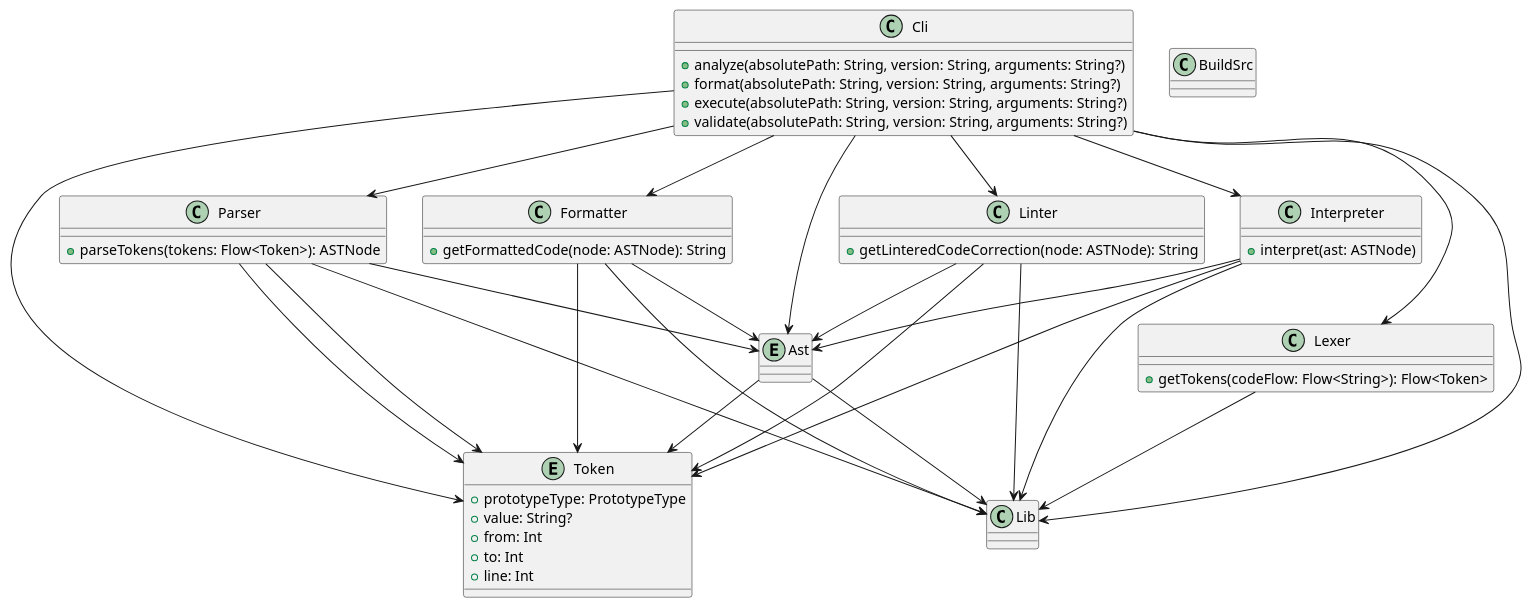
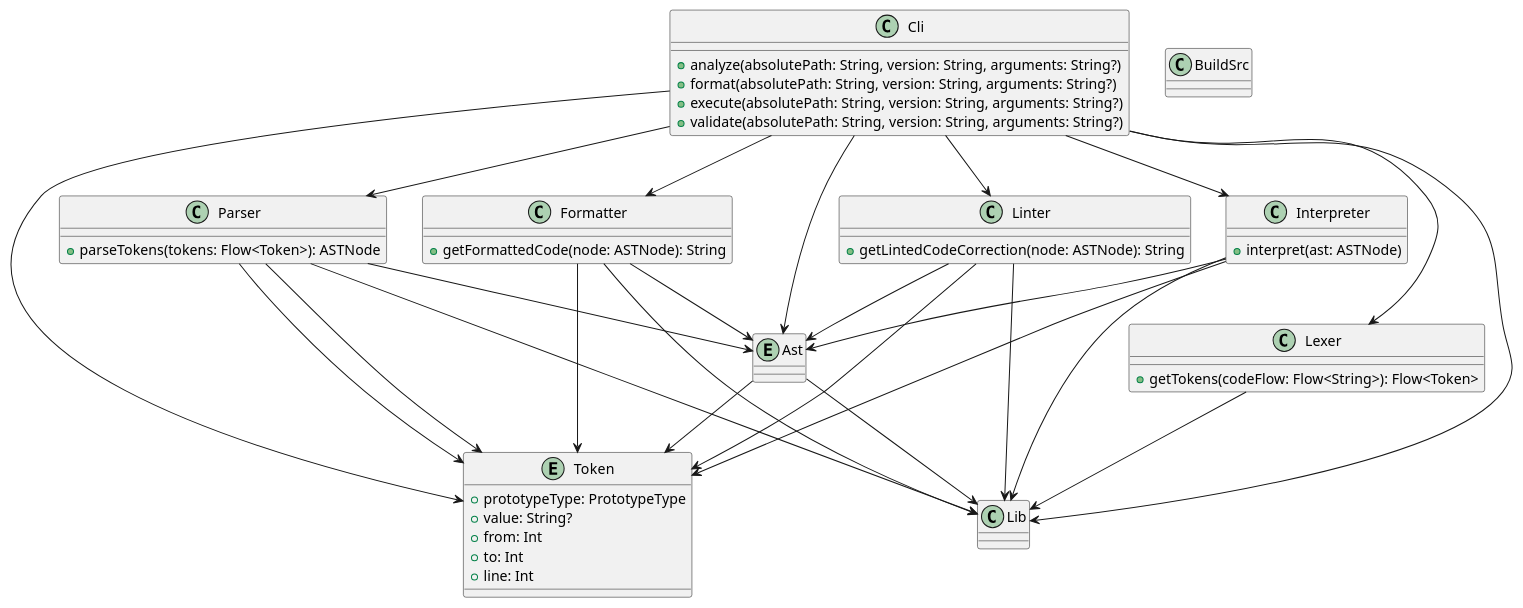
The diagram in printscript.puml (Nachoferra1894/printscript), drawn with PlantUML before and after one commit.

Commit message:
fix linter name

```diff
--- a/printscript.puml
+++ b/printscript.puml
@@ -1,74 +1,74 @@
 @startuml
 entity Token {
     + prototypeType: PrototypeType
     + value: String?
     + from: Int
     + to: Int
     + line: Int
 }
 entity Ast {}
 
 Ast --> Lib
 Ast --> Token
 
 class Parser {
     + parseTokens(tokens: Flow<Token>): ASTNode
 }
 
 Parser --> Lib
 Parser --> Ast
 Parser --> Token
 
 class Lexer {
     + getTokens(codeFlow: Flow<String>): Flow<Token>
 }
 
 Lexer --> Lib
 Parser --> Token
 
 class Interpreter {
     + interpret(ast: ASTNode)
 }
 
 Interpreter --> Lib
 Interpreter --> Ast
 Interpreter --> Token
 
 class Formatter {
     + getFormattedCode(node: ASTNode): String
 }
 
 Formatter --> Lib
 Formatter --> Ast
 Formatter --> Token
 
 class Cli {
     + analyze(absolutePath: String, version: String, arguments: String?)
     + format(absolutePath: String, version: String, arguments: String?)
     + execute(absolutePath: String, version: String, arguments: String?)
     + validate(absolutePath: String, version: String, arguments: String?)
 }
 
 Cli --> Lib
 Cli --> Ast
 Cli --> Token
 Cli --> Parser
 Cli --> Lexer
 Cli --> Interpreter
 Cli --> Formatter
 Cli --> Linter
 
 class BuildSrc {
 }
 
 class Linter {
-    +  getLinteredCodeCorrection(node: ASTNode): String
+    +  getLintedCodeCorrection(node: ASTNode): String
 }
 
 Linter --> Lib
 Linter --> Ast
 Linter --> Token
 
 
 
 @enduml
```
